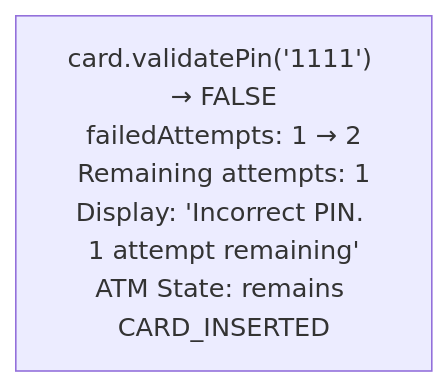
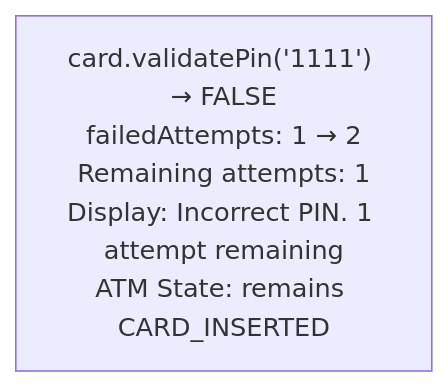
One commit to Prateeshtalasu/SystemDesignGuide changed the sixth of 13 diagrams in Phase-08-Low-Level-Design/04-atm-system/03-simulation-testing.md. Above: the diagram before and after it, drawn with Mermaid. The commit also changed other lines of this file and 171 other files, not shown here.

Commit message:
Convert ASCII diagrams to Mermaid in Phase-08-Low-Level-Design - Converted 2 ASCII diagrams (library-management state transition, elevator-system class diagram) to Mermaid - Validated all 100 existing Mermaid diagrams - Wrapped ASCII diagrams in collapsible details blocks for reference

````diff
--- a/Phase-08-Low-Level-Design/04-atm-system/03-simulation-testing.md
+++ b/Phase-08-Low-Level-Design/04-atm-system/03-simulation-testing.md
@@ -196,4 +196,4 @@
 ```mermaid
 flowchart TD
-    A["card.validatePin('1111') → FALSE<br/>failedAttempts: 1 → 2<br/>Remaining attempts: 1<br/>Display: 'Incorrect PIN. 1 attempt remaining'<br/>ATM State: remains CARD_INSERTED"]
+    A["card.validatePin('1111') → FALSE<br/>failedAttempts: 1 → 2<br/>Remaining attempts: 1<br/>Display: Incorrect PIN. 1 attempt remaining<br/>ATM State: remains CARD_INSERTED"]
 ```
````
